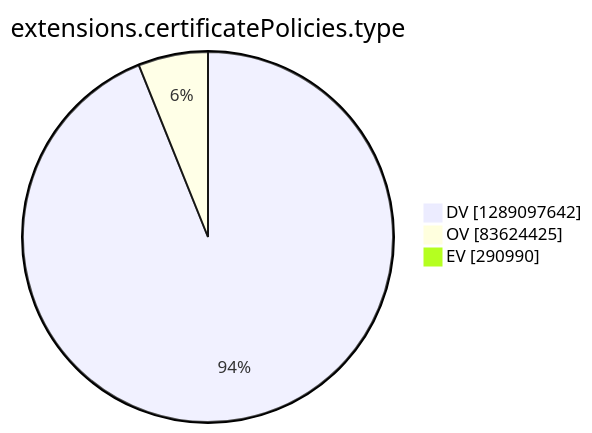
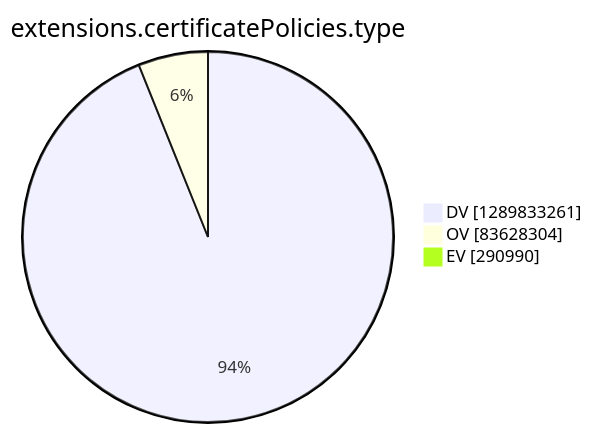
The tenth of 15 diagrams in argon2022/README.md (christiankrug/ctmonitor_visualization), drawn with Mermaid before and after one commit. The commit also changed other lines of this file, not shown here.

````diff
--- a/argon2022/README.md
+++ b/argon2022/README.md
@@ -2771,7 +2771,7 @@
 ```mermaid
 pie showData
 title extensions.certificatePolicies.type
-"DV" :1289097642
-"OV" :83624425
+"DV" :1289833261
+"OV" :83628304
 "EV" :290990
 ```
````
